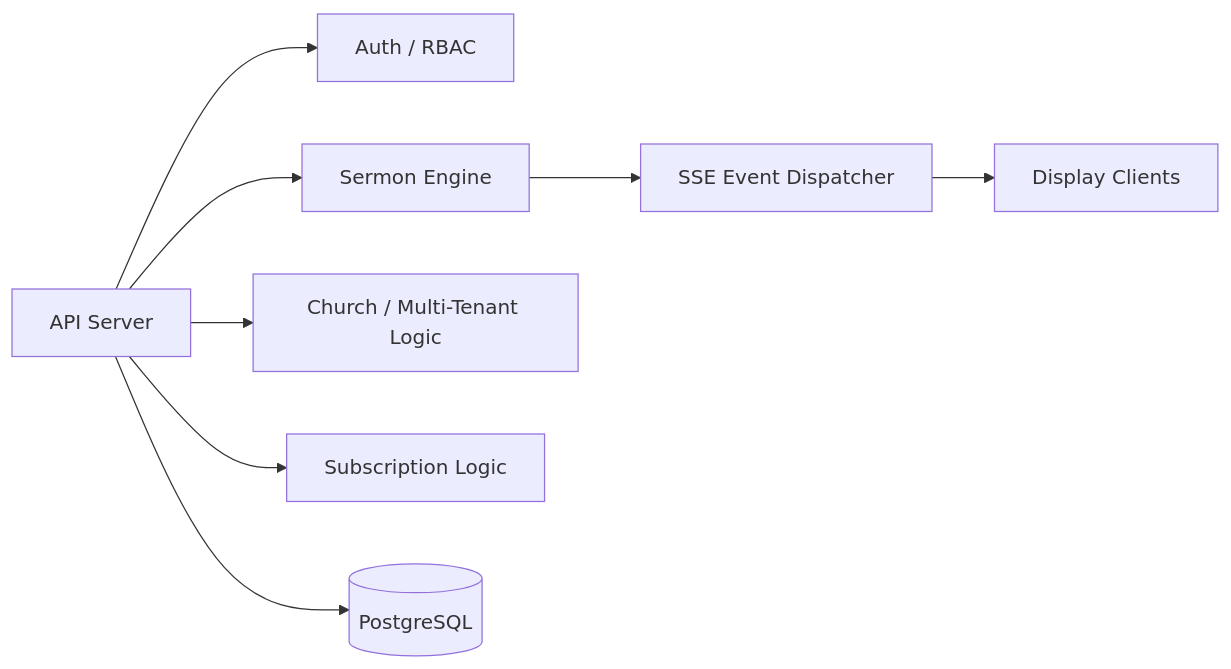
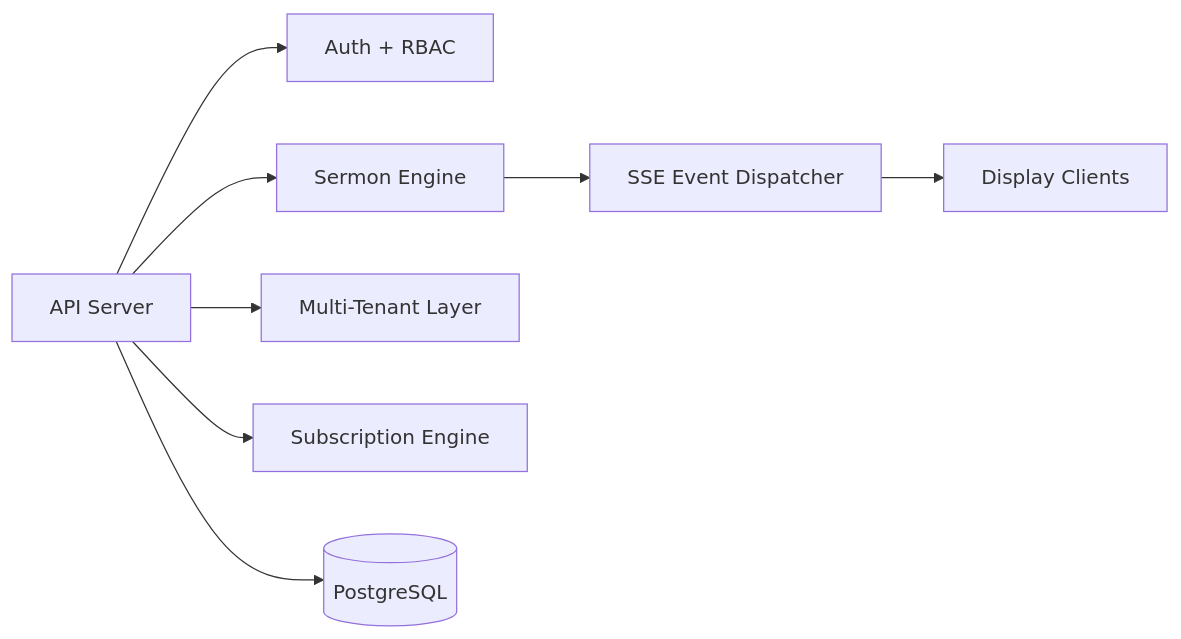
The third of 9 diagrams in architecture.md (miangelisse-ux/kairoslive), drawn with Mermaid before and after one commit. The commit also changed other lines of this file, not shown here.

````diff
--- a/architecture.md
+++ b/architecture.md
@@ -67,21 +66,21 @@
 ```mermaid
 flowchart LR
 
 API[API Server]
 
-Auth[Auth / RBAC]
+Auth[Auth + RBAC]
 Sermon[Sermon Engine]
-Church[Church / Multi-Tenant Logic]
-Billing[Subscription Logic]
+Church[Multi-Tenant Layer]
+Billing[Subscription Engine]
 Realtime[SSE Event Dispatcher]
 DB[(PostgreSQL)]
 
 API --> Auth
 API --> Sermon
 API --> Church
 API --> Billing
 API --> DB
 
 Sermon --> Realtime
-Realtime --> Frontend[Display Clients]
+Realtime --> Clients[Display Clients]
 ```
````
